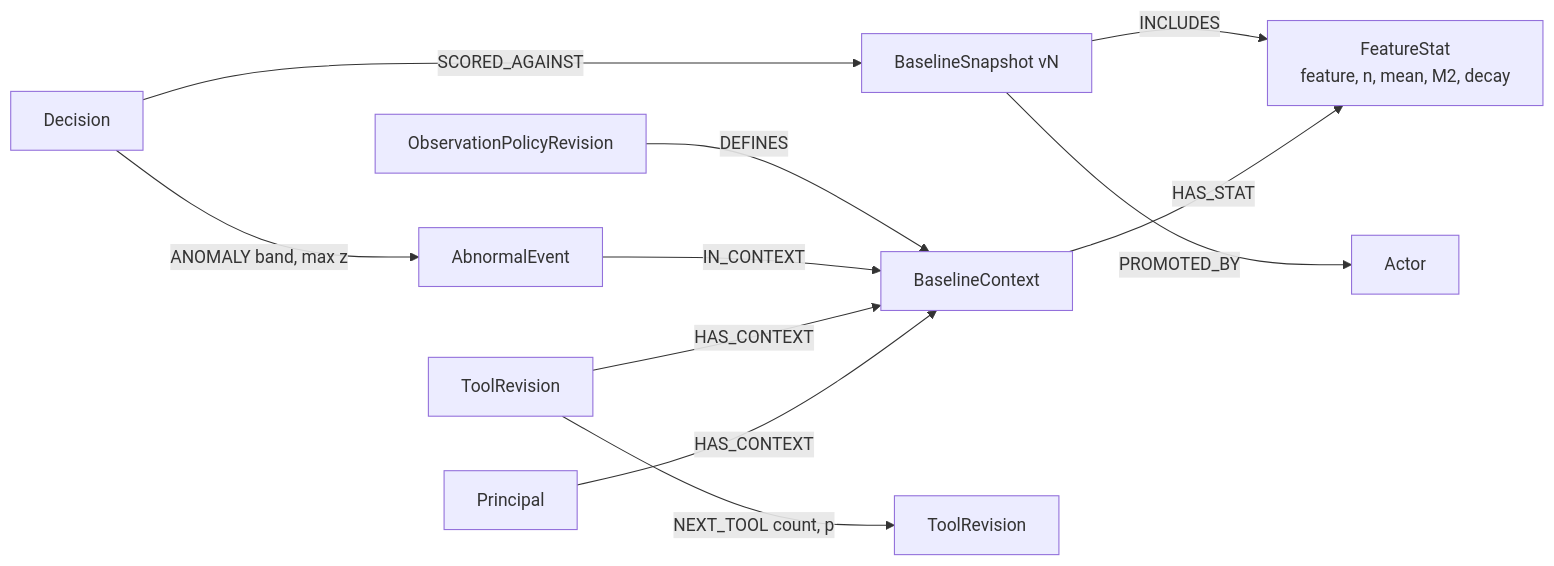
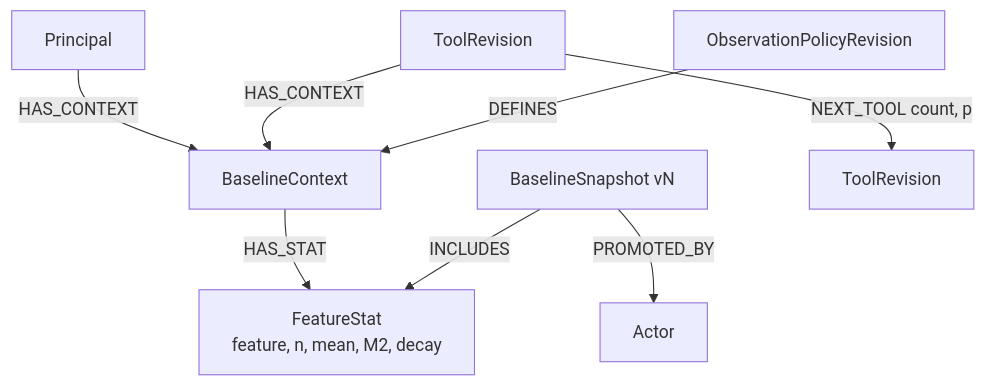
Before and after one commit to ethan03805/Secure-MCP-Gateway: diagram 13 of 18 in ArchitectureV2.md, drawn with Mermaid. The commit also changed other lines of this file and 18 other files, not shown here.

First line of the commit message:
Site diagrams fit their page: responsive Mermaid, re-laid-out diagrams, diagram check in CI (#95)

````diff
--- a/ArchitectureV2.md
+++ b/ArchitectureV2.md
@@ -1070,13 +1104,10 @@
 ```mermaid
-flowchart LR
+flowchart TB
   P[Principal] -->|HAS_CONTEXT| BC[BaselineContext]
   T[ToolRevision] -->|HAS_CONTEXT| BC
+  OP[ObservationPolicyRevision] -->|DEFINES| BC
   BC -->|HAS_STAT| FS[FeatureStat<br/>feature, n, mean, M2, decay]
   BS[BaselineSnapshot vN] -->|INCLUDES| FS
   BS -->|PROMOTED_BY| A[Actor]
   T -->|NEXT_TOOL count, p| T2[ToolRevision]
-  D[Decision] -->|SCORED_AGAINST| BS
-  D -->|ANOMALY band, max z| AE[AbnormalEvent]
-  AE -->|IN_CONTEXT| BC
-  OP[ObservationPolicyRevision] -->|DEFINES| BC
 ```
````
